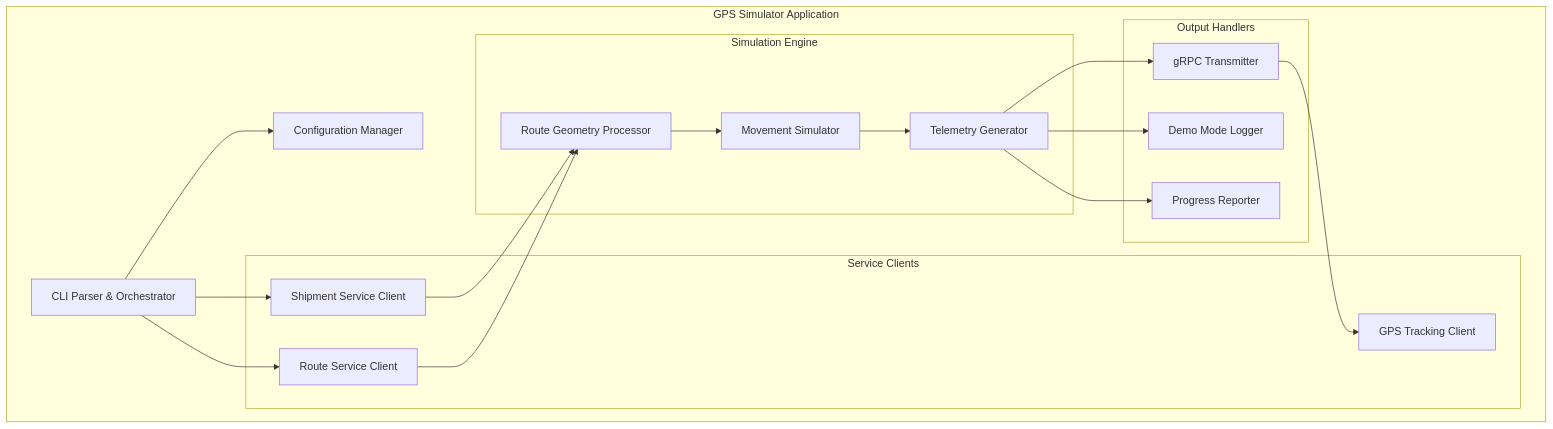
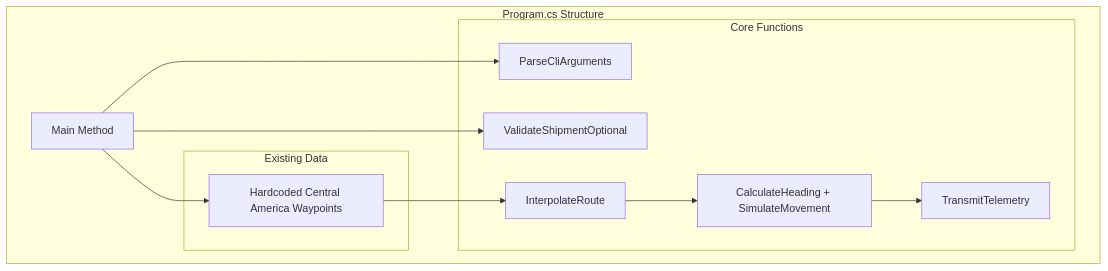
The second of 2 diagrams in .kiro/specs/gps-simulator/design.md (Logistics-Agent/aurora-server), drawn with Mermaid before and after one commit. The commit also changed other lines of this file and 2 other files, not shown here.

Commit message:
feat: shared messaging extensions for telemetry ingestion

````diff
--- a/.kiro/specs/gps-simulator/design.md
+++ b/.kiro/specs/gps-simulator/design.md
@@ -40,40 +41,25 @@
 ```mermaid
 graph TB
-    subgraph "GPS Simulator Application"
-        CLI[CLI Parser & Orchestrator]
-        Config[Configuration Manager]
+    subgraph "Program.cs Structure"
+        Main[Main Method]
         
-        subgraph "Service Clients"
-            ShipmentClient[Shipment Service Client]
-            RouteClient[Route Service Client] 
-            GpsClient[GPS Tracking Client]
+        subgraph "Core Functions"
+            ParseArgs[ParseCliArguments]
+            ValidateShipment[ValidateShipmentOptional]
+            RouteProcessing[InterpolateRoute]
+            Movement[CalculateHeading + SimulateMovement]
+            Transmission[TransmitTelemetry]
         end
         
-        subgraph "Simulation Engine"
-            RouteProcessor[Route Geometry Processor]
-            MovementSimulator[Movement Simulator]
-            TelemetryGenerator[Telemetry Generator]
-        end
-        
-        subgraph "Output Handlers"
-            GrpcTransmitter[gRPC Transmitter]
-            DemoModeLogger[Demo Mode Logger]
-            ProgressReporter[Progress Reporter]
+        subgraph "Existing Data"
+            Waypoints[Hardcoded Central America Waypoints]
         end
     end
     
-    CLI --> Config
-    CLI --> ShipmentClient
-    CLI --> RouteClient
-    
-    ShipmentClient --> RouteProcessor
-    RouteClient --> RouteProcessor
-    RouteProcessor --> MovementSimulator
-    MovementSimulator --> TelemetryGenerator
-    
-    TelemetryGenerator --> GrpcTransmitter
-    TelemetryGenerator --> DemoModeLogger
-    TelemetryGenerator --> ProgressReporter
-    
-    GrpcTransmitter --> GpsClient
+    Main --> ParseArgs
+    Main --> ValidateShipment
+    Main --> Waypoints
+    Waypoints --> RouteProcessing
+    RouteProcessing --> Movement
+    Movement --> Transmission
 ```
````
